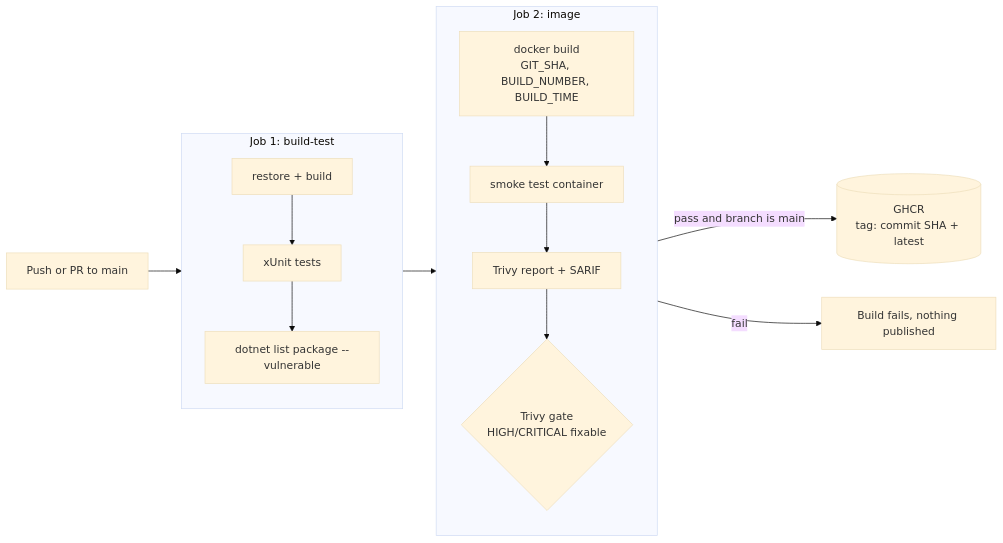
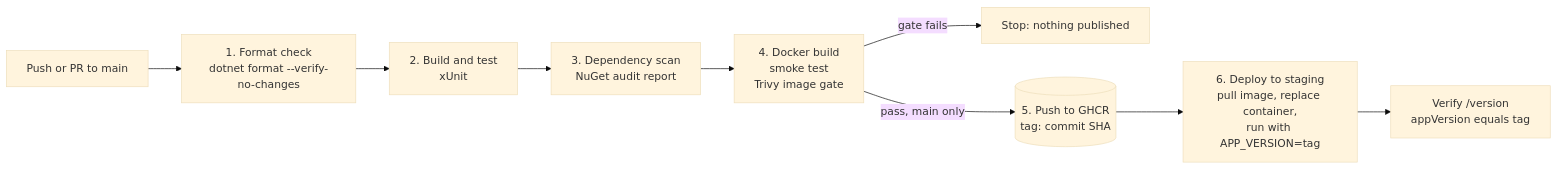
One commit to omnibro/bjnew_hire_tech_assessment changed the diagram in WORKLOG.md. Above: the diagram before and after it, drawn with Mermaid (base theme). The commit also changed other lines of this file and 3 other files, not shown here.

````diff
--- a/WORKLOG.md
+++ b/WORKLOG.md
@@ -10,22 +10,11 @@
 ```mermaid
 flowchart LR
-    A[Push or PR to main] --> B
-
-    subgraph B[Job 1: build-test]
-        direction TB
-        B1[restore + build] --> B2[xUnit tests]
-        B2 --> B3[dotnet list package --vulnerable]
-    end
-
-    B --> C
-
-    subgraph C[Job 2: image]
-        direction TB
-        C1[docker build<br/>GIT_SHA, BUILD_NUMBER, BUILD_TIME] --> C2[smoke test container]
-        C2 --> C3[Trivy report + SARIF]
-        C3 --> C4{Trivy gate<br/>HIGH/CRITICAL fixable}
-    end
-
-    C4 -- pass and branch is main --> D[(GHCR<br/>tag: commit SHA + latest)]
-    C4 -- fail --> E[Build fails, nothing published]
+    A["Push or PR to main"] --> F["1. Format check<br/>dotnet format --verify-no-changes"]
+    F --> B["2. Build and test<br/>xUnit"]
+    B --> D["3. Dependency scan<br/>NuGet audit report"]
+    D --> I["4. Docker build<br/>smoke test<br/>Trivy image gate"]
+    I -- "gate fails" --> X["Stop: nothing published"]
+    I -- "pass, main only" --> P[("5. Push to GHCR<br/>tag: commit SHA")]
+    P --> S["6. Deploy to staging<br/>pull image, replace container,<br/>run with APP_VERSION=tag"]
+    S --> V["Verify /version<br/>appVersion equals tag"]
 ```
````
